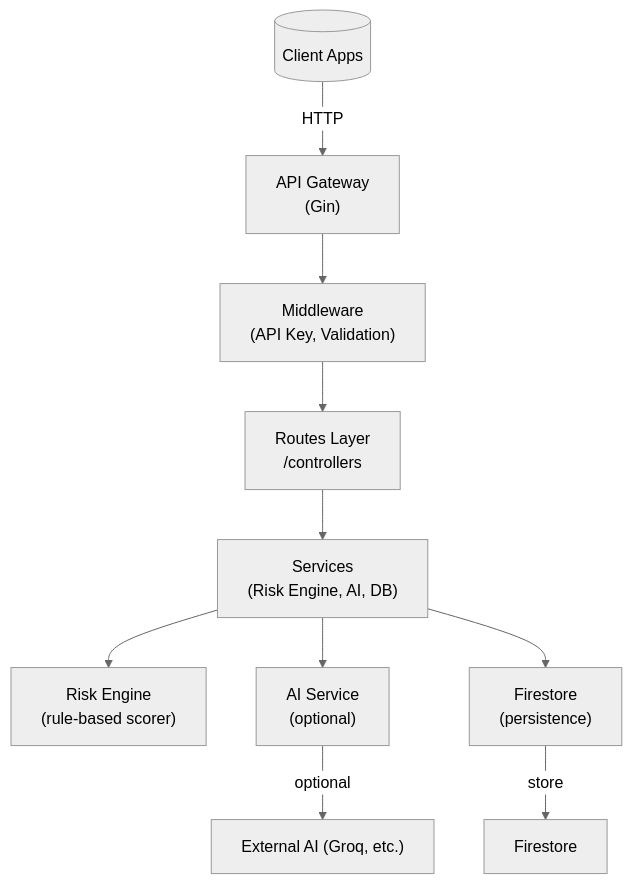
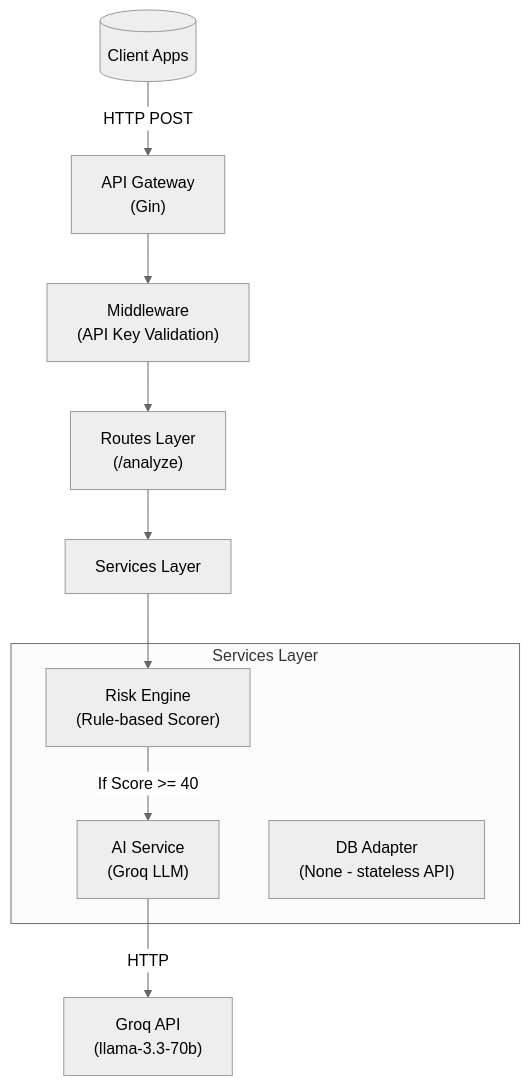
The diagram in README.md (org-cyber/Raga), drawn with Mermaid (neutral theme) before and after one commit. The commit also changed other lines of this file and 6 other files, not shown here.

````diff
--- a/README.md
+++ b/README.md
@@ -37,12 +57,17 @@
 ```mermaid
 flowchart TD
-  Client[(Client Apps)] -->|HTTP| APIGw["API Gateway\n(Gin)"]
-  APIGw --> MW["Middleware\n(API Key, Validation)"]
-  MW --> Routes["Routes Layer\n/controllers"]
-  Routes --> Services["Services\n(Risk Engine, AI, DB)"]
-  Services --> Risk["Risk Engine\n(rule-based scorer)"]
-  Services --> AI["AI Service\n(optional)"]
-  Services --> DB["Firestore\n(persistence)"]
-  AI -->|optional| ExternalAI["External AI (Groq, etc.)"]
-  DB -->|store| Fire["Firestore"]
+  Client[(Client Apps)] -->|HTTP POST| APIGw["API Gateway\n(Gin)"]
+  APIGw --> MW["Middleware\n(API Key Validation)"]
+  MW --> Routes["Routes Layer\n(/analyze)"]
+  Routes --> Services["Services Layer"]
+
+  subgraph Services Layer
+    Risk["Risk Engine\n(Rule-based Scorer)"]
+    AI["AI Service\n(Groq LLM)"]
+    DB["DB Adapter\n(None - stateless API)"]
+  end
+
+  Services --> Risk
+  Risk -- "If Score >= 40" --> AI
+  AI -->|HTTP| ExternalAI["Groq API\n(llama-3.3-70b)"]
 ```
````
